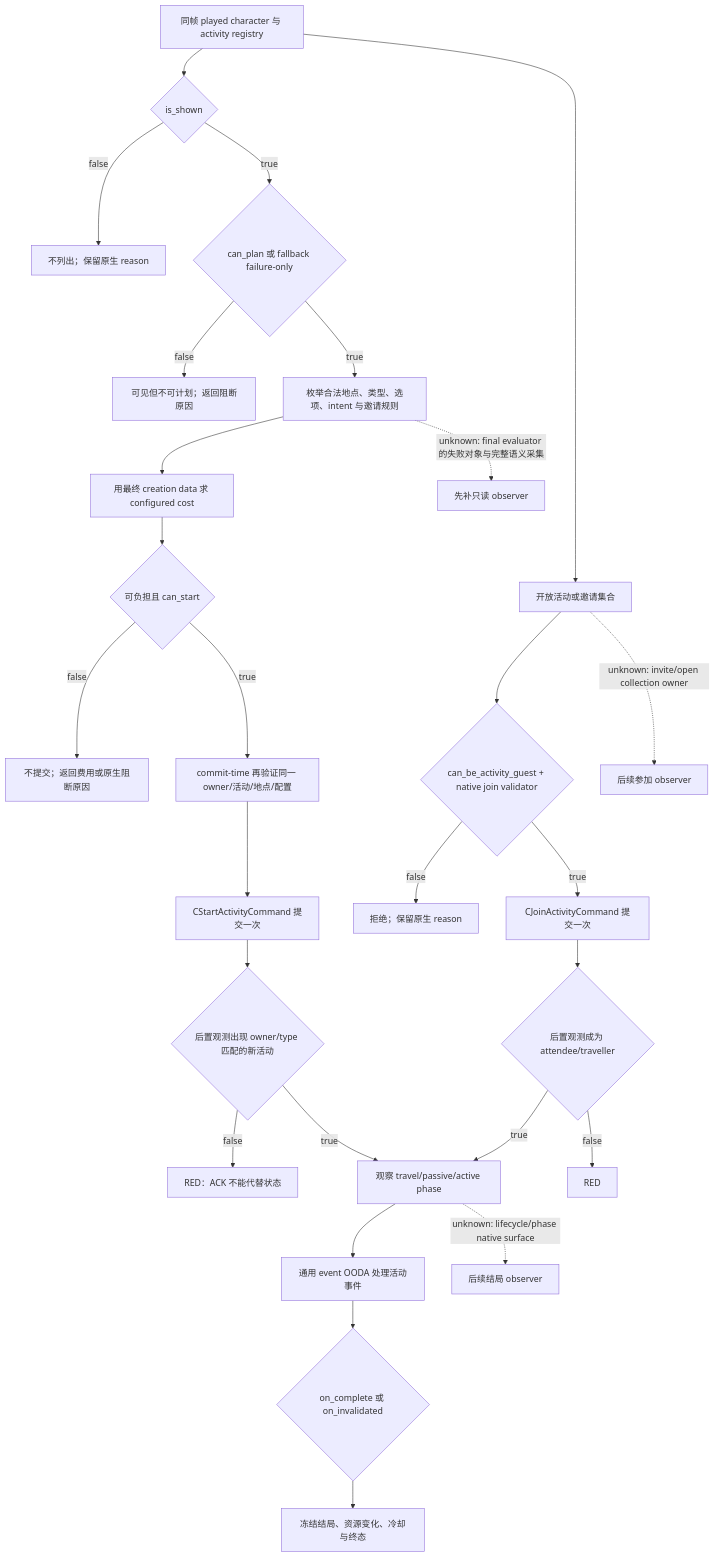
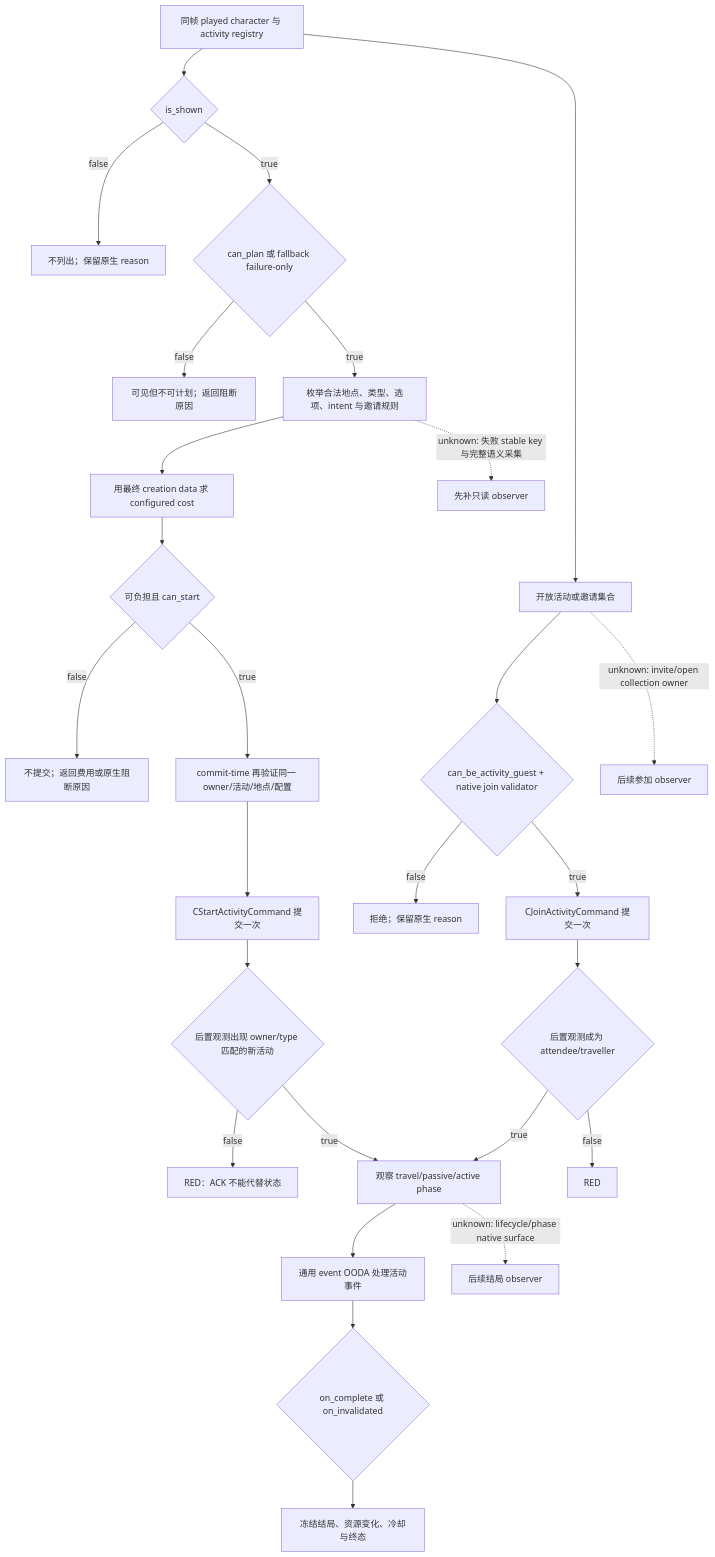
One commit to XenoAmess/ck3_eternal_recurrence changed the first of 2 diagrams in docs/ck3-native-ai/non-religious-activities.md. Above: the diagram before and after it, drawn with Mermaid. The commit also changed other lines of this file and 2 other files, not shown here.

````diff
--- a/docs/ck3-native-ai/non-religious-activities.md
+++ b/docs/ck3-native-ai/non-religious-activities.md
@@ -62,31 +62,31 @@
 ```mermaid
 flowchart TD
     A[同帧 played character 与 activity registry] --> B{is_shown}
     B -- false --> X[不列出；保留原生 reason]
     B -- true --> C{can_plan 或 fallback failure-only}
     C -- false --> Y[可见但不可计划；返回阻断原因]
     C -- true --> D[枚举合法地点、类型、选项、intent 与邀请规则]
     D --> E[用最终 creation data 求 configured cost]
     E --> F{可负担且 can_start}
     F -- false --> Z[不提交；返回费用或原生阻断原因]
     F -- true --> G[commit-time 再验证同一 owner/活动/地点/配置]
     G --> H[CStartActivityCommand 提交一次]
     H --> I{后置观测出现 owner/type 匹配的新活动}
     I -- false --> R[RED：ACK 不能代替状态]
     I -- true --> J[观察 travel/passive/active phase]
     J --> K[通用 event OODA 处理活动事件]
     K --> L{on_complete 或 on_invalidated}
     L --> M[冻结结局、资源变化、冷却与终态]
 
     A --> N[开放活动或邀请集合]
     N --> O{can_be_activity_guest + native join validator}
     O -- false --> P[拒绝；保留原生 reason]
     O -- true --> Q[CJoinActivityCommand 提交一次]
     Q --> S{后置观测成为 attendee/traveller}
     S -- false --> T[RED]
     S -- true --> J
 
-    D -. unknown: final evaluator 的失败对象与完整语义采集 .-> U[先补只读 observer]
+    D -. unknown: 失败 stable key 与完整语义采集 .-> U[先补只读 observer]
     N -. unknown: invite/open collection owner .-> V[后续参加 observer]
     J -. unknown: lifecycle/phase native surface .-> W[后续结局 observer]
 ```
````
